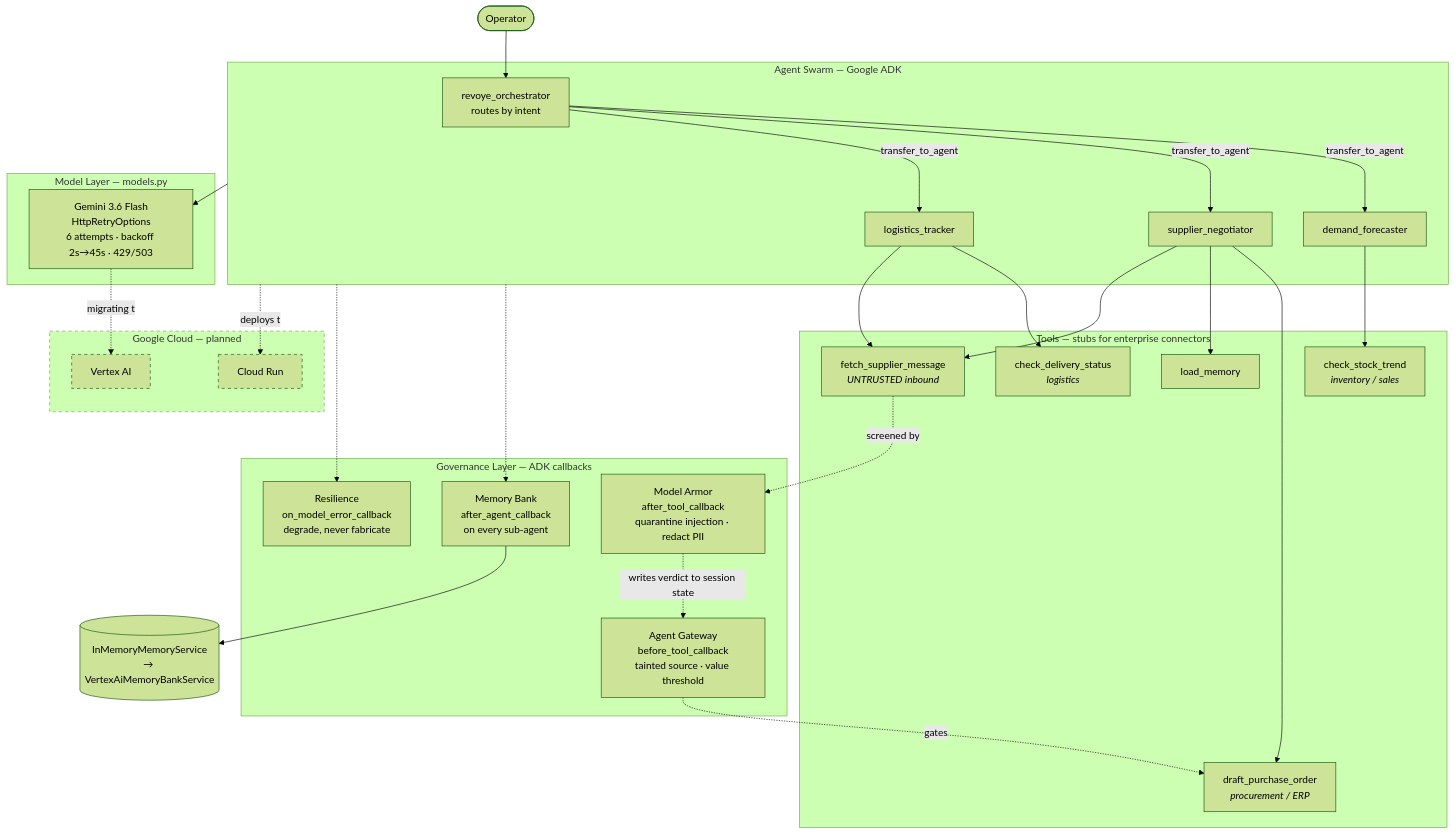
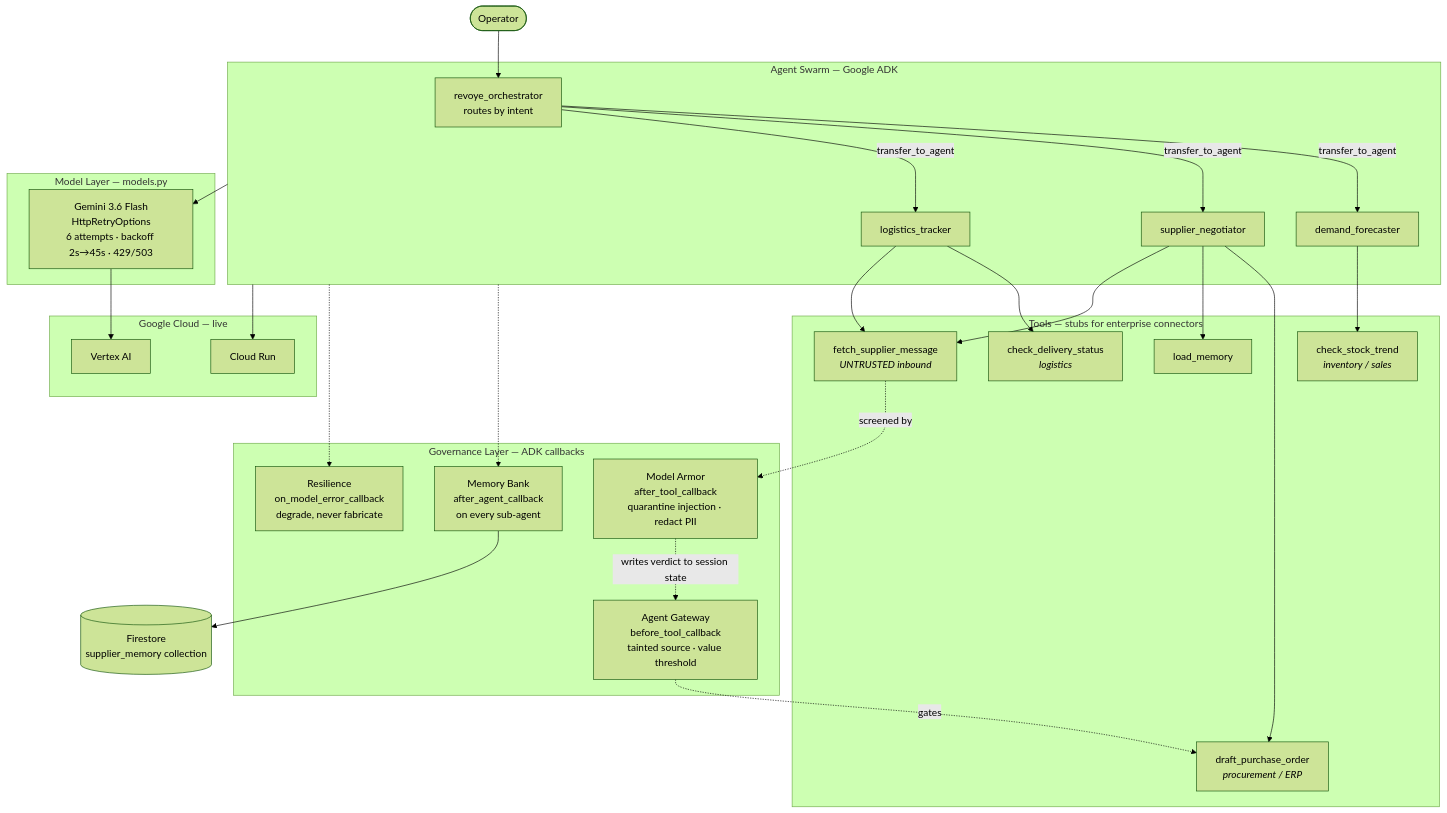
One commit to Kingnanaweb3/revoye changed the diagram in ARCHITECTURE.md. Above: the diagram before and after it, drawn with Mermaid (forest theme). The commit also changed other lines of this file, not shown here.

Commit message:
Update architecture diagram for live deployment

````diff
--- a/ARCHITECTURE.md
+++ b/ARCHITECTURE.md
@@ -3,57 +3,55 @@
 ```mermaid
 flowchart TB
     User([Operator]) --> ORCH
 
     subgraph SWARM["Agent Swarm — Google ADK"]
         ORCH["revoye_orchestrator<br/>routes by intent"]
         ORCH -->|transfer_to_agent| FC["demand_forecaster"]
         ORCH -->|transfer_to_agent| NG["supplier_negotiator"]
         ORCH -->|transfer_to_agent| TR["logistics_tracker"]
     end
 
     subgraph TOOLS["Tools — stubs for enterprise connectors"]
         T1["check_stock_trend<br/><i>inventory / sales</i>"]
         T2["draft_purchase_order<br/><i>procurement / ERP</i>"]
         T3["check_delivery_status<br/><i>logistics</i>"]
         T4["fetch_supplier_message<br/><i>UNTRUSTED inbound</i>"]
         T5["load_memory"]
     end
 
     FC --> T1
     NG --> T2
     NG --> T5
     NG --> T4
     TR --> T3
     TR --> T4
 
     subgraph GOV["Governance Layer — ADK callbacks"]
         ARMOR["Model Armor<br/>after_tool_callback<br/>quarantine injection · redact PII"]
         GATE["Agent Gateway<br/>before_tool_callback<br/>tainted source · value threshold"]
         MEM["Memory Bank<br/>after_agent_callback<br/>on every sub-agent"]
         RES["Resilience<br/>on_model_error_callback<br/>degrade, never fabricate"]
     end
 
     T4 -.screened by.-> ARMOR
     ARMOR -.writes verdict to session state.-> GATE
     GATE -.gates.-> T2
     SWARM -.-> MEM
     SWARM -.-> RES
 
     subgraph MODEL["Model Layer — models.py"]
         GEM["Gemini 3.6 Flash<br/>HttpRetryOptions<br/>6 attempts · backoff 2s→45s · 429/503"]
     end
 
     SWARM --> GEM
-    MEM --> MBS[("InMemoryMemoryService<br/>→ VertexAiMemoryBankService")]
+    MEM --> MBS[("Firestore<br/>supplier_memory collection")]
 
-    subgraph GCP["Google Cloud — planned"]
+    subgraph GCP["Google Cloud — live"]
         CR["Cloud Run"]
         VX["Vertex AI"]
     end
 
-    GEM -.migrating to.-> VX
-    SWARM -.deploys to.-> CR
+    GEM --> VX
+    SWARM --> CR
 
-    classDef planned stroke-dasharray: 5 5
-    class GCP,CR,VX planned
 ```
````
